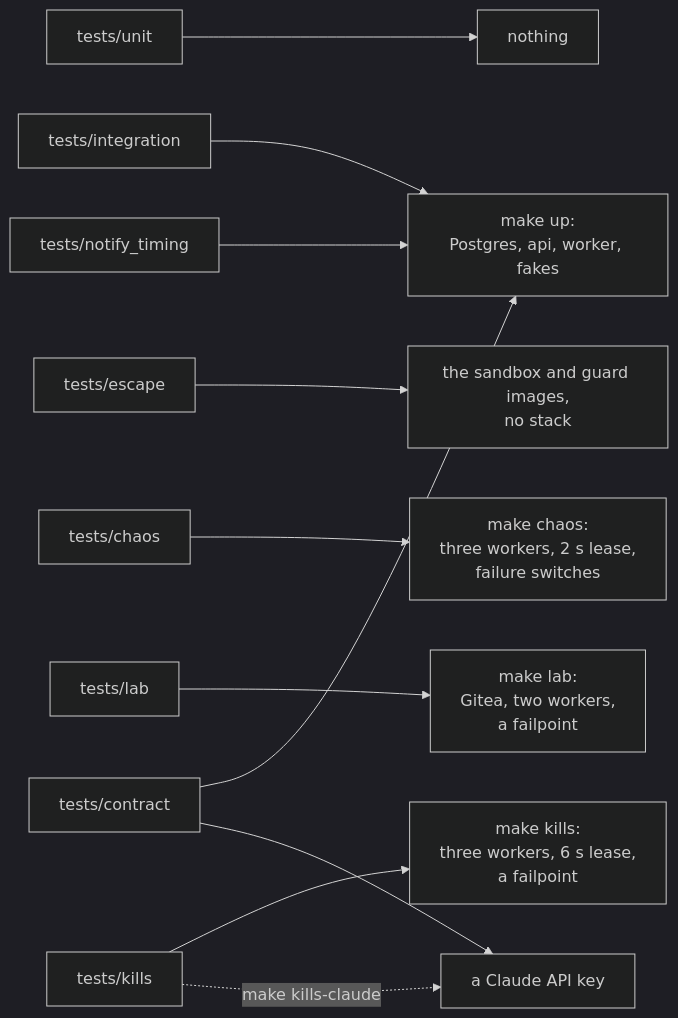
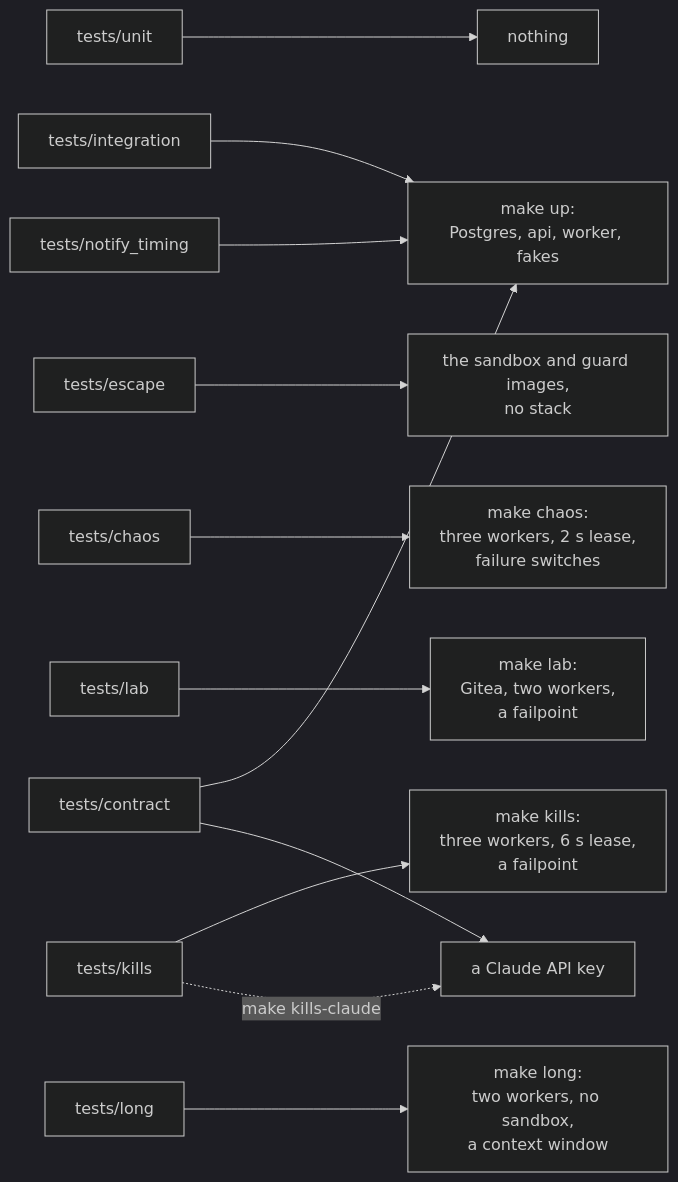
The diagram in docs/testing.md (sindredg/agent-runtime), drawn with Mermaid (dark theme) before and after one commit. The commit also changed other lines of this file and 29 other files, not shown here.

Commit message:
test: run a job past its context window through stops, kills and takeovers (#238)

````diff
--- a/docs/testing.md
+++ b/docs/testing.md
@@ -7,13 +7,14 @@
 ```mermaid
 flowchart LR
     U[tests/unit] --> N[nothing]
     I[tests/integration] --> S[make up:<br/>Postgres, api, worker, fakes]
     E[tests/escape] --> IMG[the sandbox and guard images,<br/>no stack]
     C[tests/chaos] --> CS[make chaos:<br/>three workers, 2 s lease,<br/>failure switches]
     L[tests/lab] --> LS[make lab:<br/>Gitea, two workers,<br/>a failpoint]
     R[tests/kills] --> RS[make kills:<br/>three workers, 6 s lease,<br/>a failpoint]
     R -.->|make kills-claude| KEY
+    G[tests/long] --> GS[make long:<br/>two workers, no sandbox,<br/>a context window]
     T[tests/notify_timing] --> S
     K[tests/contract] --> S
     K --> KEY[a Claude API key]
 ```
````
